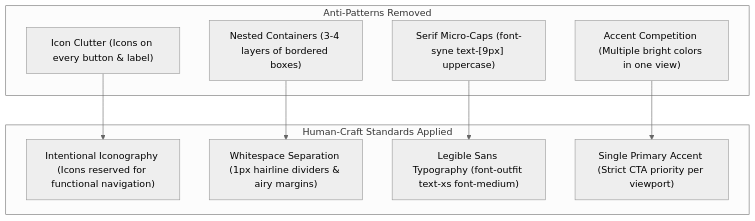
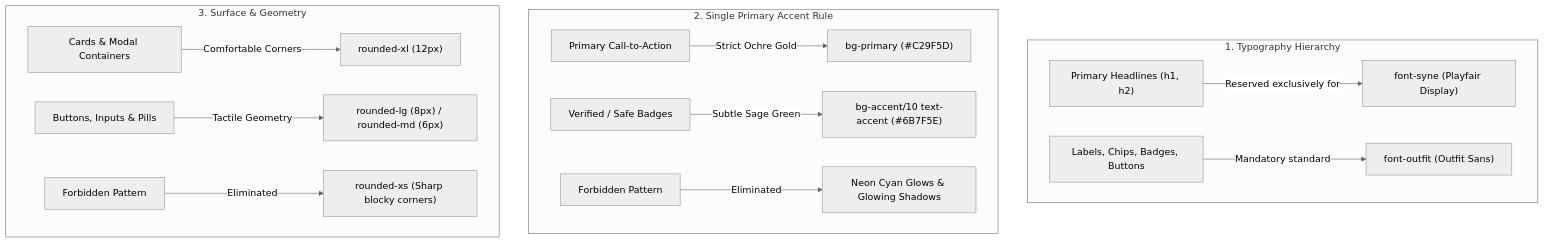
One commit to KshitizD07/Skill-Sphere changed the diagram in logs/00_master_execution_log.md. Above: the diagram before and after it, drawn with Mermaid (neutral theme). The commit also changed other lines of this file, not shown here.

````diff
--- a/logs/00_master_execution_log.md
+++ b/logs/00_master_execution_log.md
@@ -42,21 +78,19 @@
 ```mermaid
 flowchart TD
-    subgraph Anti_AI_Patterns ["Anti-Patterns Removed"]
-        A1["Icon Clutter (Icons on every button & label)"]
-        A2["Nested Containers (3-4 layers of bordered boxes)"]
-        A3["Serif Micro-Caps (font-syne text-[9px] uppercase)"]
-        A4["Accent Competition (Multiple bright colors in one view)"]
+    subgraph Typography_Discipline ["1. Typography Hierarchy"]
+        T1["Primary Headlines (h1, h2)"] -->|Reserved exclusively for| T2["font-syne (Playfair Display)"]
+        T3["Labels, Chips, Badges, Buttons"] -->|Mandatory standard| T4["font-outfit (Outfit Sans)"]
     end
 
-    subgraph Human_Craft_Standards ["Human-Craft Standards Applied"]
-        B1["Intentional Iconography (Icons reserved for functional navigation)"]
-        B2["Whitespace Separation (1px hairline dividers & airy margins)"]
-        B3["Legible Sans Typography (font-outfit text-xs font-medium)"]
-        B4["Single Primary Accent (Strict CTA priority per viewport)"]
+    subgraph Color_Hierarchy ["2. Single Primary Accent Rule"]
+        C1["Primary Call-to-Action"] -->|Strict Ochre Gold| C2["bg-primary (#C29F5D)"]
+        C3["Verified / Safe Badges"] -->|Subtle Sage Green| C4["bg-accent/10 text-accent (#6B7F5E)"]
+        C5["Forbidden Pattern"] -->|Eliminated| C6["Neon Cyan Glows & Glowing Shadows"]
     end
 
-    A1 --> B1
-    A2 --> B2
-    A3 --> B3
-    A4 --> B4
+    subgraph Spatial_Geometry ["3. Surface & Geometry"]
+        S1["Cards & Modal Containers"] -->|Comfortable Corners| S2["rounded-xl (12px)"]
+        S3["Buttons, Inputs & Pills"] -->|Tactile Geometry| S4["rounded-lg (8px) / rounded-md (6px)"]
+        S5["Forbidden Pattern"] -->|Eliminated| S6["rounded-xs (Sharp blocky corners)"]
+    end
 ```
````
